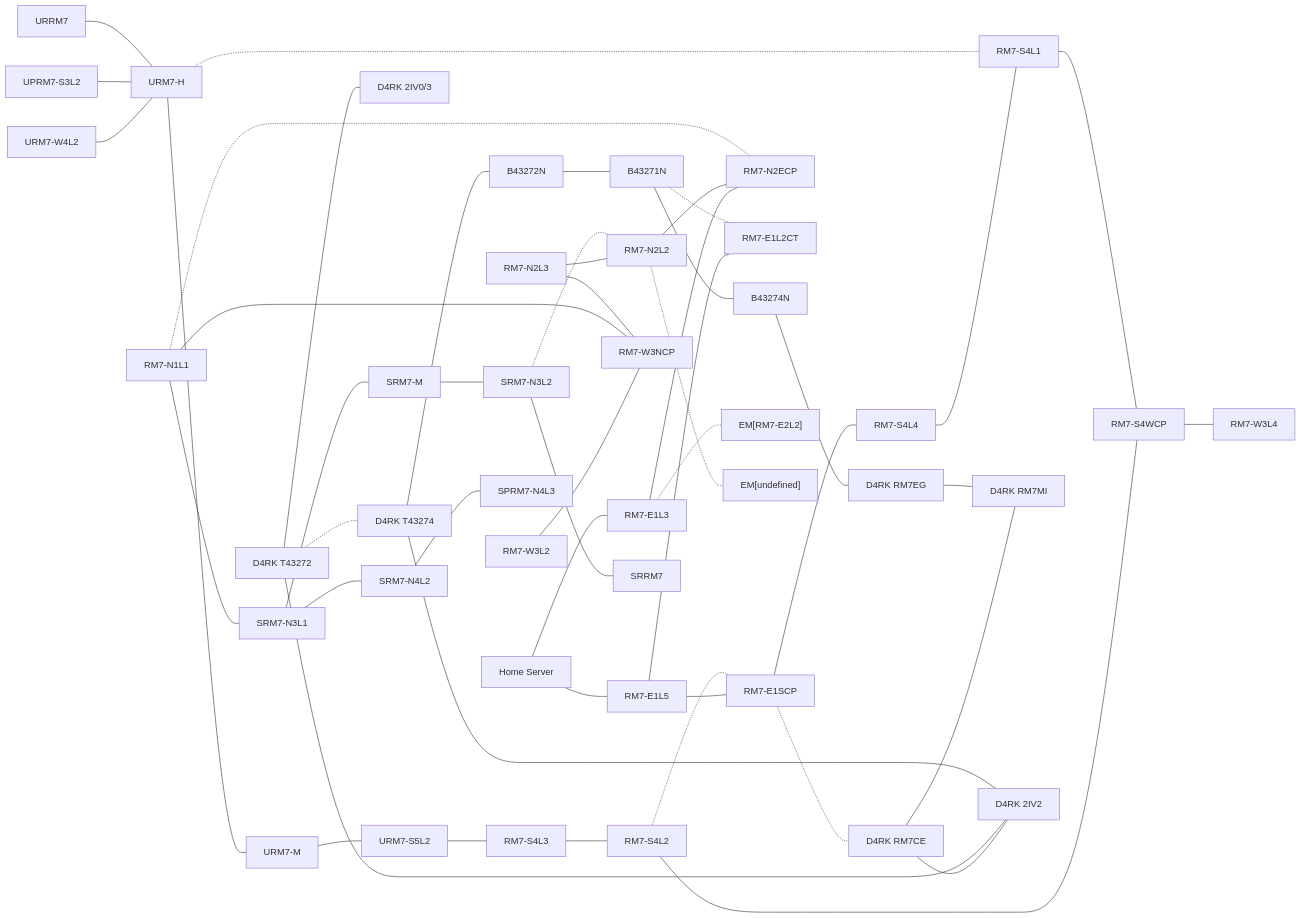
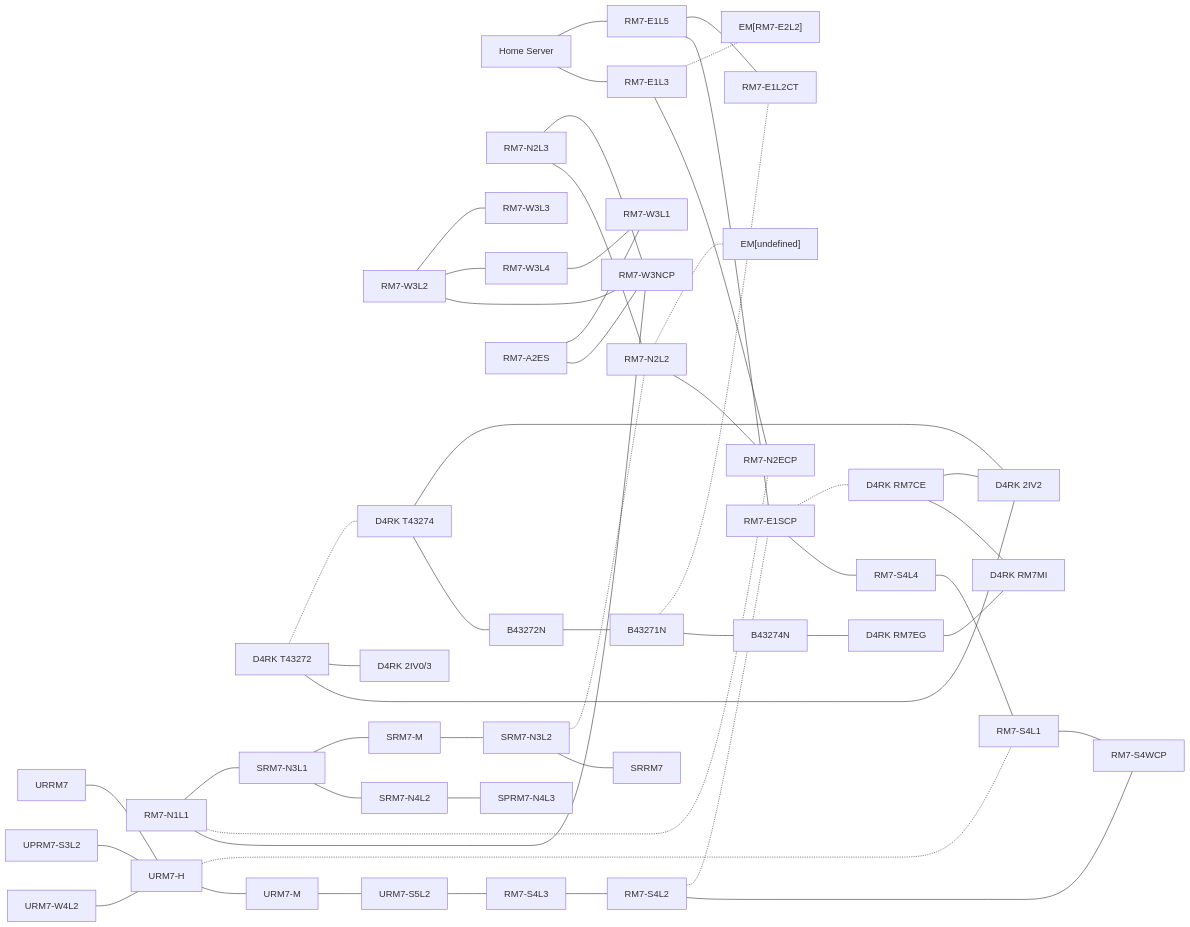
One commit to 3ncy/cor3 changed the diagram in Network map/README.md. Above: the diagram before and after it, drawn with Mermaid. The commit also changed other lines of this file, not shown here.

Commit message:
new servers

```diff
--- a/Network map/README.md
+++ b/Network map/README.md
@@ -13,11 +13,14 @@
 019e4052-c316-73aa-81f6-38c323c58eb2["RM7-S4L2"]
 019e4052-c316-73aa-81f6-3dcef4d6873e["RM7-S4L3"]
 019e4052-c316-73aa-81f6-4059ea0554e0["RM7-W3L4"]
+019ebb72-4646-7198-902d-0abd68b9513c["RM7-W3L3"]
+019ebb73-1c4a-724c-a031-29049df2b1dc["RM7-W3L1"]
 019d1b0a-13a9-77dd-b41f-3a21d490cb2d["RM7-E1SCP"]
 019da6f1-16f7-75a6-b6d3-0b1d5f92a105["RM7-N2ECP"]
 019da6f1-16f7-75a6-b6d3-0b1d5f92a106["RM7-W3NCP"]
 019d53aa-5101-7f08-b3dd-378b0ddcf7d0["RM7-E1L2CT"]
 019e4052-c316-73aa-81f6-448645a38c9e["RM7-S4WCP"]
+019ebb73-1c4b-75c2-9a9d-ebad6f7bb1bc["RM7-A2ES"]
 019d29c5-4b37-7436-aef9-89af09560af3["D4RK RM7CE"]
 019d29c5-4b37-79bf-b23e-304d8ea03c15["D4RK RM7MI"]
 019e4052-c316-73aa-81f6-483e50247e61["D4RK RM7EG"]
@@ -69,7 +72,11 @@
 019e4052-c316-73aa-81f6-3dcef4d6873e --- 019e4052-c316-73aa-81f6-38c323c58eb2
 019e4052-c316-73aa-81f6-38c323c58eb2 --- 019e4052-c316-73aa-81f6-448645a38c9e
 019e4052-c316-73aa-81f6-38c323c58eb2 -.- 019d1b0a-13a9-77dd-b41f-3a21d490cb2d
-019e4052-c316-73aa-81f6-448645a38c9e --- 019e4052-c316-73aa-81f6-4059ea0554e0
+019da6f1-16f7-75a6-b6d3-0b1d5f92a103 --- 019e4052-c316-73aa-81f6-4059ea0554e0
+019da6f1-16f7-75a6-b6d3-0b1d5f92a103 --- 019ebb72-4646-7198-902d-0abd68b9513c
+019e4052-c316-73aa-81f6-4059ea0554e0 --- 019ebb73-1c4a-724c-a031-29049df2b1dc
+019ebb73-1c4b-75c2-9a9d-ebad6f7bb1bc --- 019da6f1-16f7-75a6-b6d3-0b1d5f92a106
+019ebb73-1c4b-75c2-9a9d-ebad6f7bb1bc --- 019ebb73-1c4a-724c-a031-29049df2b1dc
 019e4052-c315-71df-80da-4e334b96c9e6 --- 019e4052-c316-73aa-81f6-448645a38c9e
 019e4052-c316-73aa-81f6-483e50247e61 --- 019d29c5-4b37-79bf-b23e-304d8ea03c15
 019e4052-c316-73aa-81f6-4da2a3e8df51 --- 019d29c5-4b37-7de9-b46c-022179bcb5eb
```
